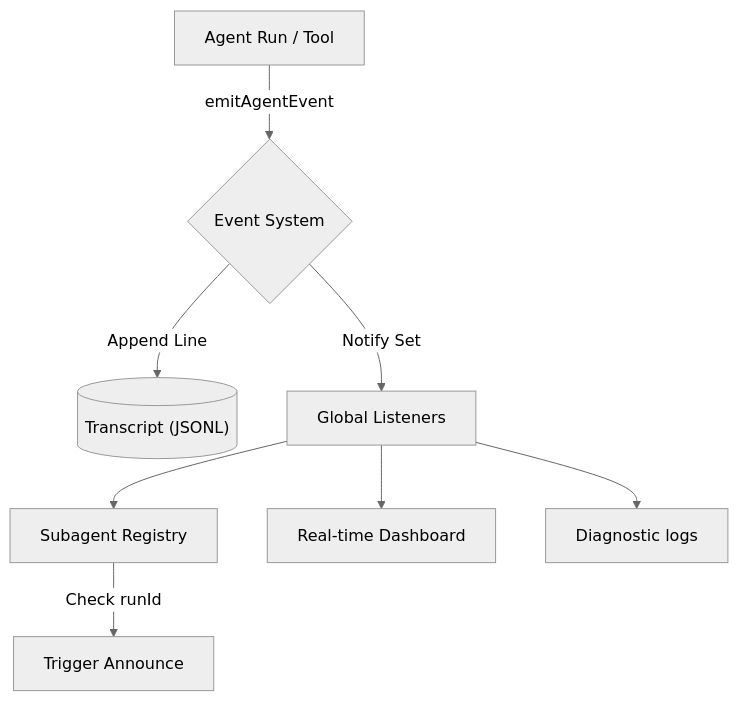
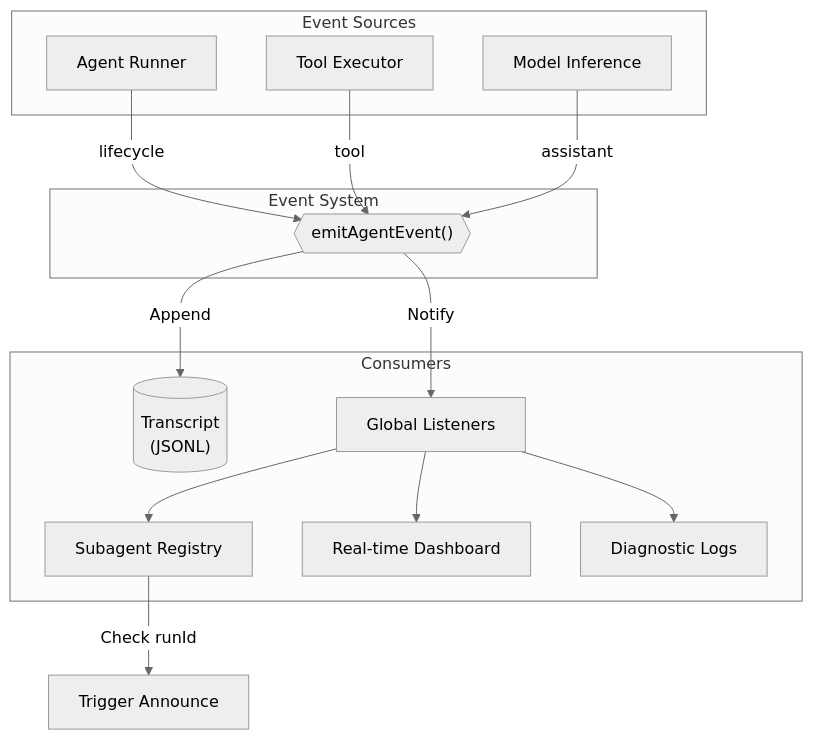
One commit to rzafiamy/openclaw-architecture changed the first of 2 diagrams in details/event-system.md. Above: the diagram before and after it, drawn with Mermaid (neutral theme). The commit also changed other lines of this file and 12 other files, not shown here.

````diff
--- a/details/event-system.md
+++ b/details/event-system.md
@@ -33,12 +50,33 @@
 ```mermaid
 graph TD
-    A["Agent Run / Tool"] -->|"emitAgentEvent"| ES{Event System}
-    ES -->|"Append Line"| T[("Transcript (JSONL)")]
-    ES -->|"Notify Set"| L["Global Listeners"]
+    subgraph "Event Sources"
+        A["Agent Runner"]
+        T["Tool Executor"]
+        M["Model Inference"]
+    end
     
-    L --> R["Subagent Registry"]
-    L --> D["Real-time Dashboard"]
-    L --> LG["Diagnostic logs"]
+    subgraph "Event System"
+        E{{"emitAgentEvent()"}}
+    end
     
-    R -->|"Check runId"| Finish["Trigger Announce"]
+    subgraph "Consumers"
+        TR[("Transcript<br/>(JSONL)")]
+        L["Global Listeners"]
+        SR["Subagent Registry"]
+        DB["Real-time Dashboard"]
+        LG["Diagnostic Logs"]
+    end
+    
+    A -->|lifecycle| E
+    T -->|tool| E
+    M -->|assistant| E
+    
+    E -->|Append| TR
+    E -->|Notify| L
+    
+    L --> SR
+    L --> DB
+    L --> LG
+    
+    SR -->|"Check runId"| AN["Trigger Announce"]
 ```
````
